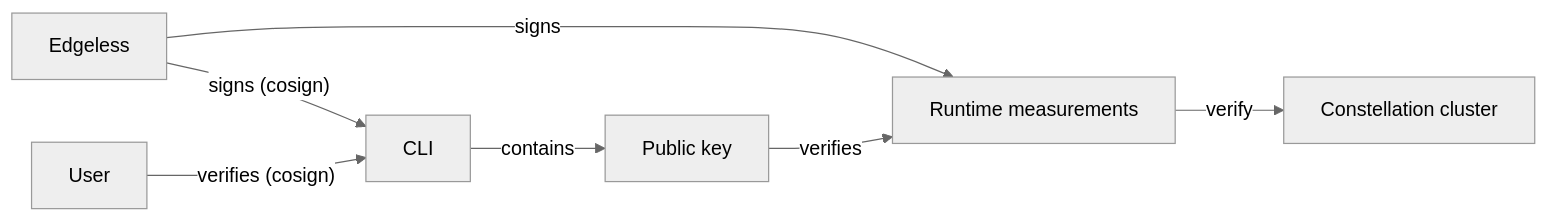
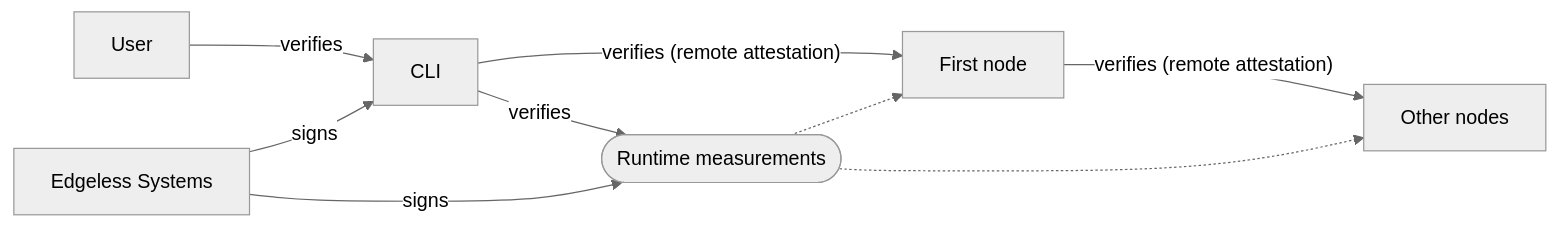
The diagram in docs/docs/architecture/attestation.md (edgelesssys/constellation), drawn with Mermaid (neutral theme) before and after one commit. The commit also changed other lines of this file, not shown here.

````diff
--- a/docs/docs/architecture/attestation.md
+++ b/docs/docs/architecture/attestation.md
@@ -360,9 +372,11 @@
 ```mermaid
 flowchart LR
-  A[Edgeless]-- "signs (cosign)" -->B[CLI]
-  C[User]-- "verifies (cosign)" -->B[CLI]
-  B[CLI]-- "contains" -->D["Public Key"]
-  A[Edgeless]-- "signs" -->E["Runtime measurements"]
-  D["Public key"]-- "verifies" -->E["Runtime measurements"]
-  E["Runtime measurements"]-- "verify" -->F["Constellation cluster"]
+  A[User]-- "verifies" -->B[CLI]
+  B[CLI]-- "verifies" -->C([Runtime measurements])
+  D[Edgeless Systems]-- "signs" -->B[CLI]
+  D[Edgeless Systems]-- "signs" -->C([Runtime measurements])
+  B[CLI]-- "verifies (remote attestation)" -->E[First node]
+  E[First node]-- "verifies (remote attestation)" -->F[Other nodes]
+  C([Runtime measurements]) -.-> E[First node]
+  C([Runtime measurements]) -.-> F[Other nodes]
 ```
````
